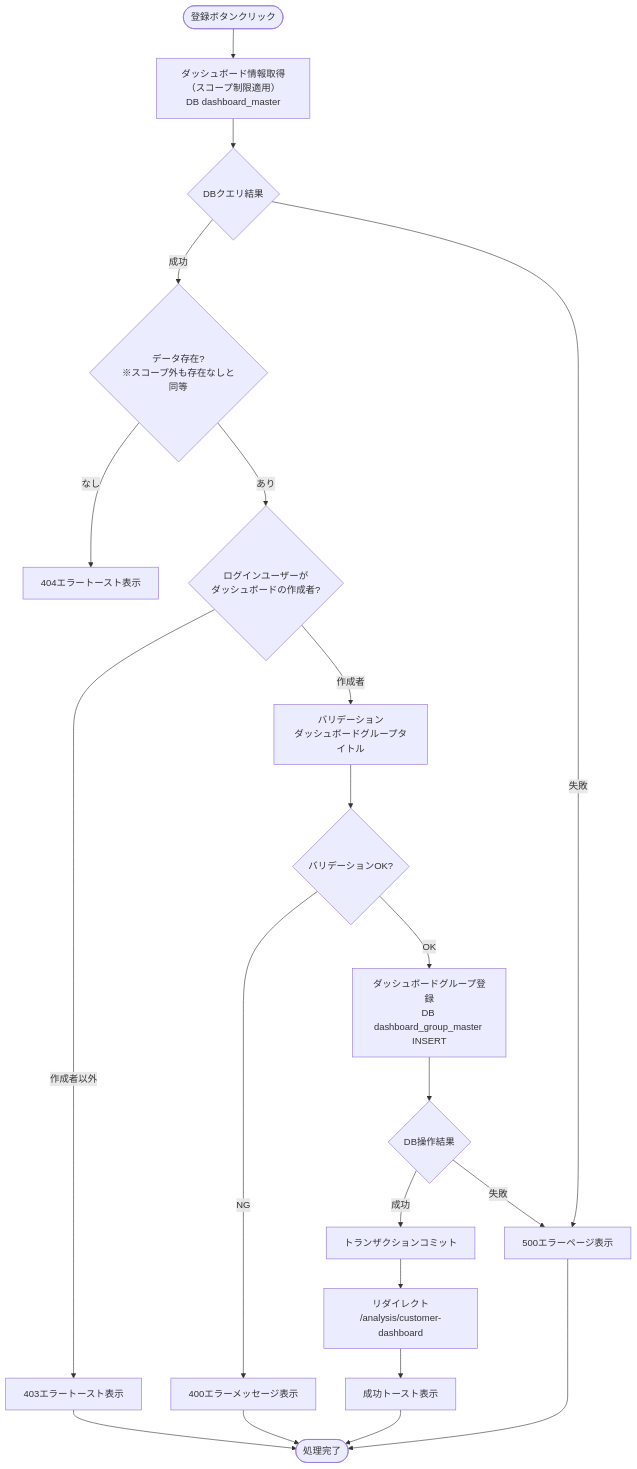
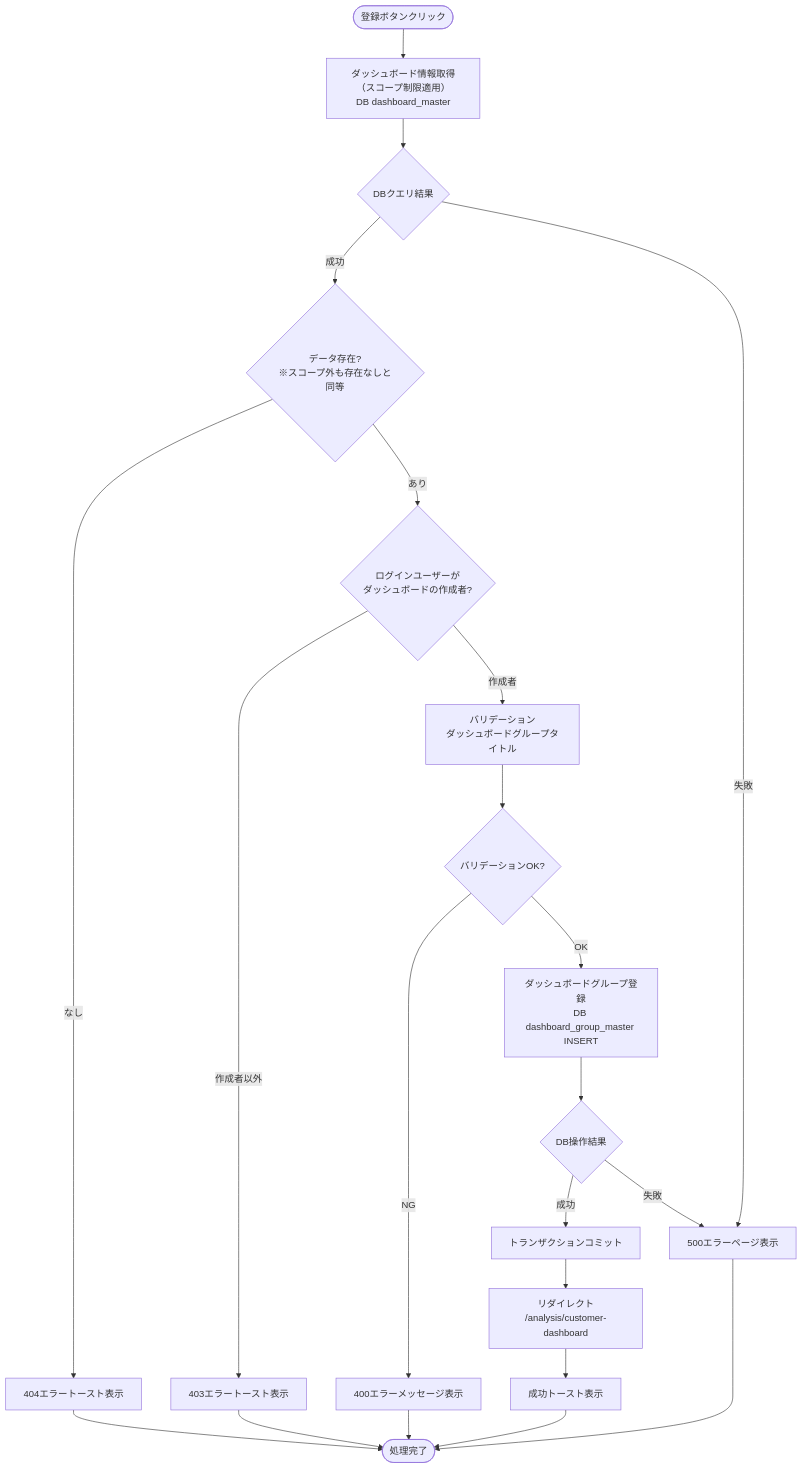
Before and after one commit to NSW-SVCP-AIWG002/Databricks-IoT: the seventh of 17 diagrams in docs/03-features/flask-app/customer-dashboard/common/workflow-specification.md, drawn with Mermaid. The commit also changed 9 other files, not shown here.

````diff
--- a/docs/03-features/flask-app/customer-dashboard/common/workflow-specification.md
+++ b/docs/03-features/flask-app/customer-dashboard/common/workflow-specification.md
@@ -1520,29 +1520,30 @@
 ```mermaid
 flowchart TD
     Start([登録ボタンクリック]) --> DashboardQuery[ダッシュボード情報取得（スコープ制限適用）<br>DB dashboard_master]
     DashboardQuery --> CheckDashboardQuery{DBクエリ結果}
     CheckDashboardQuery -->|成功| CheckDashboard{データ存在?<br>※スコープ外も存在なしと同等}
     CheckDashboardQuery -->|失敗| Error500[500エラーページ表示]
 
     CheckDashboard -->|なし| Error404[404エラートースト表示]
     CheckDashboard -->|あり| CheckCreator{ログインユーザーが<br>ダッシュボードの作成者?}
 
     CheckCreator -->|作成者以外| Error403[403エラートースト表示]
     CheckCreator -->|作成者| Validate[バリデーション<br>ダッシュボードグループタイトル]
 
     Validate --> CheckValidate{バリデーションOK?}
     CheckValidate -->|NG| Error400[400エラーメッセージ表示]
     CheckValidate -->|OK| Insert[ダッシュボードグループ登録<br>DB dashboard_group_master INSERT]
 
     Insert --> CheckInsert{DB操作結果}
     CheckInsert -->|成功| Commit[トランザクションコミット]
     CheckInsert -->|失敗| Error500[500エラーページ表示]
 
     Commit --> Redirect[リダイレクト<br>/analysis/customer-dashboard]
     Redirect --> 200OK[成功トースト表示]
 
     200OK --> End([処理完了])
     Error400 --> End
     Error403 --> End
+    Error404 --> End
     Error500 --> End
 ```
````
